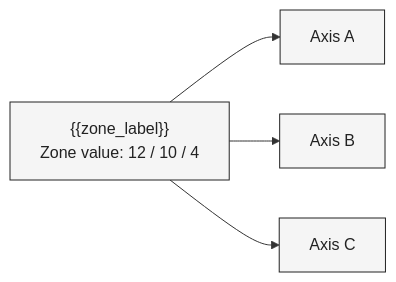
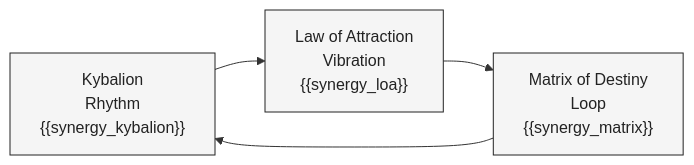
Before and after one commit to noobookbig/Ommi-self: the first of 3 diagrams in template/forecast.md, drawn with Mermaid. The commit also changed other lines of this file and 2 other files, not shown here.

````diff
--- a/template/forecast.md
+++ b/template/forecast.md
@@ -93,12 +53,9 @@
 ```mermaid
-%% Three-axis zone — placeholder table shape.
+%% Three-engine loop — Kybalion drives vibration, vibration drives Matrix loop, Matrix feeds back into rhythm.
 flowchart LR
-    classDef zone fill:#f5f5f5,stroke:#222,color:#222
-    Z["{{zone_label}}<br/>Zone value: 12 / 10 / 4"]:::zone
-    P["Axis A"]:::zone
-    E["Axis B"]:::zone
-    M["Axis C"]:::zone
-    Z --> P
-    Z --> E
-    Z --> M
+    classDef engine fill:#f5f5f5,stroke:#222,color:#222
+    K["Kybalion<br/>Rhythm<br/>{{synergy_kybalion}}"]:::engine
+    L["Law of Attraction<br/>Vibration<br/>{{synergy_loa}}"]:::engine
+    M["Matrix of Destiny<br/>Loop<br/>{{synergy_matrix}}"]:::engine
+    K --> L --> M --> K
 ```
````
